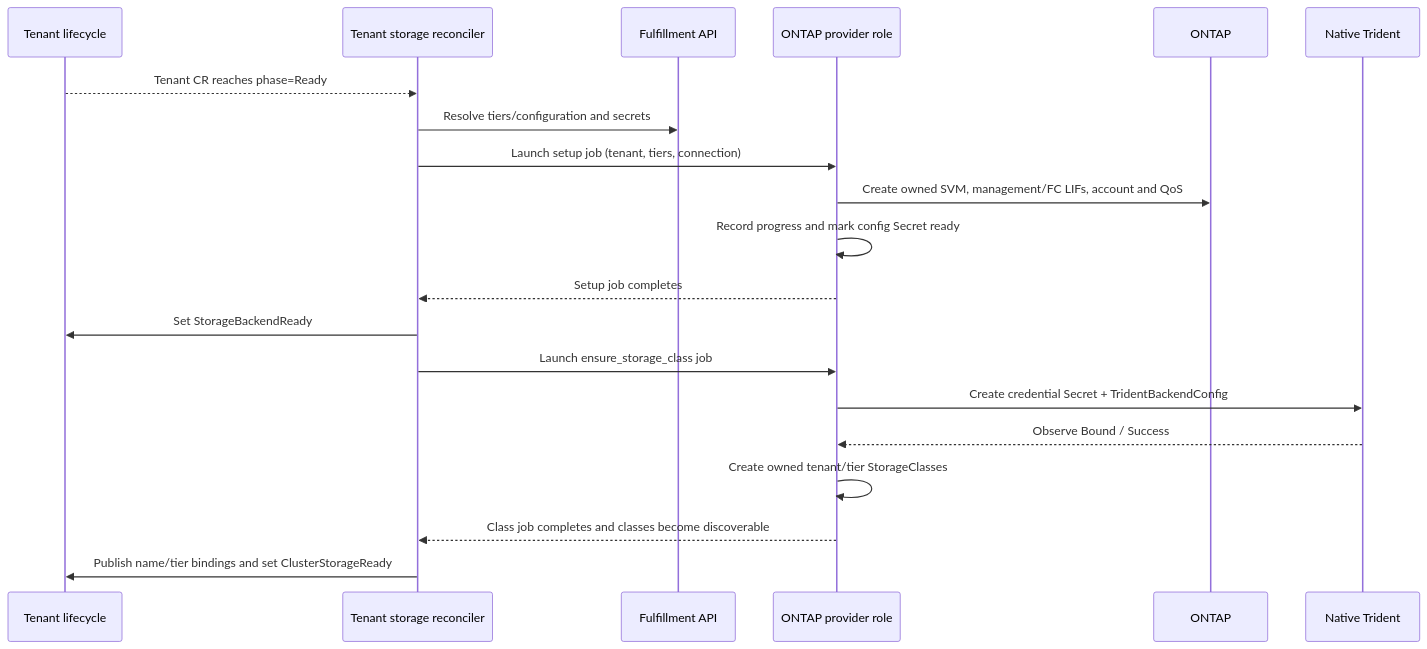
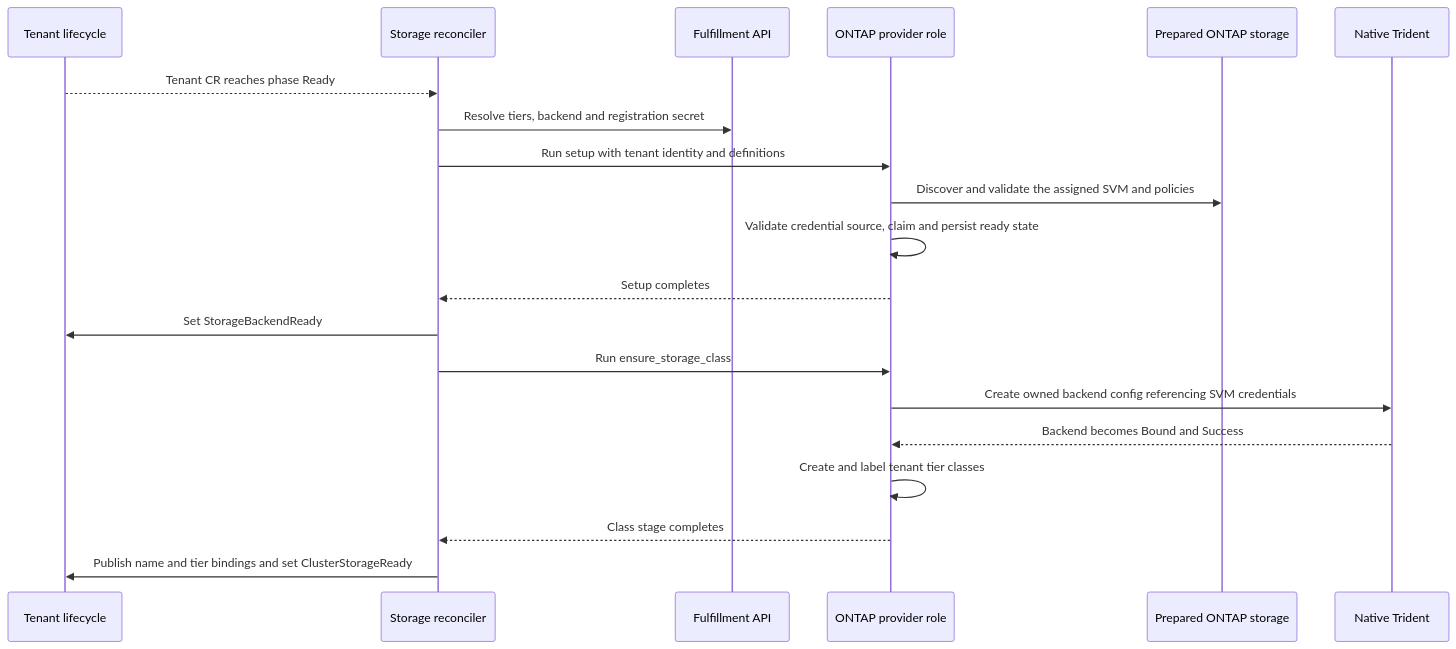
One commit to zszabo-rh/enhancement-proposals changed the diagram in enhancements/OSAC-5813-netapp-storage/design.md. Above: the diagram before and after it, drawn with Mermaid. The commit also changed other lines of this file and 2 other files, not shown here.

First line of the commit message:
OSAC-5813: define prepared-SVM workflows in the design

````diff
--- a/enhancements/OSAC-5813-netapp-storage/design.md
+++ b/enhancements/OSAC-5813-netapp-storage/design.md
@@ -50,22 +121,22 @@
 ```mermaid
 sequenceDiagram
     participant Tenant as Tenant lifecycle
-    participant Operator as Tenant storage reconciler
+    participant Operator as Storage reconciler
     participant API as Fulfillment API
     participant AAP as ONTAP provider role
-    participant ONTAP
+    participant ONTAP as Prepared ONTAP storage
     participant Trident as Native Trident
-    Tenant-->>Operator: Tenant CR reaches phase=Ready
-    Operator->>API: Resolve tiers/configuration and secrets
-    Operator->>AAP: Launch setup job (tenant, tiers, connection)
-    AAP->>ONTAP: Create owned SVM, management/FC LIFs, account and QoS
-    AAP->>AAP: Record progress and mark config Secret ready
-    AAP-->>Operator: Setup job completes
+    Tenant-->>Operator: Tenant CR reaches phase Ready
+    Operator->>API: Resolve tiers, backend and registration secret
+    Operator->>AAP: Run setup with tenant identity and definitions
+    AAP->>ONTAP: Discover and validate the assigned SVM and policies
+    AAP->>AAP: Validate credential source, claim and persist ready state
+    AAP-->>Operator: Setup completes
     Operator->>Tenant: Set StorageBackendReady
-    Operator->>AAP: Launch ensure_storage_class job
-    AAP->>Trident: Create credential Secret + TridentBackendConfig
-    Trident-->>AAP: Observe Bound / Success
-    AAP->>AAP: Create owned tenant/tier StorageClasses
-    AAP-->>Operator: Class job completes and classes become discoverable
-    Operator->>Tenant: Publish name/tier bindings and set ClusterStorageReady
+    Operator->>AAP: Run ensure_storage_class
+    AAP->>Trident: Create owned backend config referencing SVM credentials
+    Trident-->>AAP: Backend becomes Bound and Success
+    AAP->>AAP: Create and label tenant tier classes
+    AAP-->>Operator: Class stage completes
+    Operator->>Tenant: Publish name and tier bindings and set ClusterStorageReady
 ```
````
